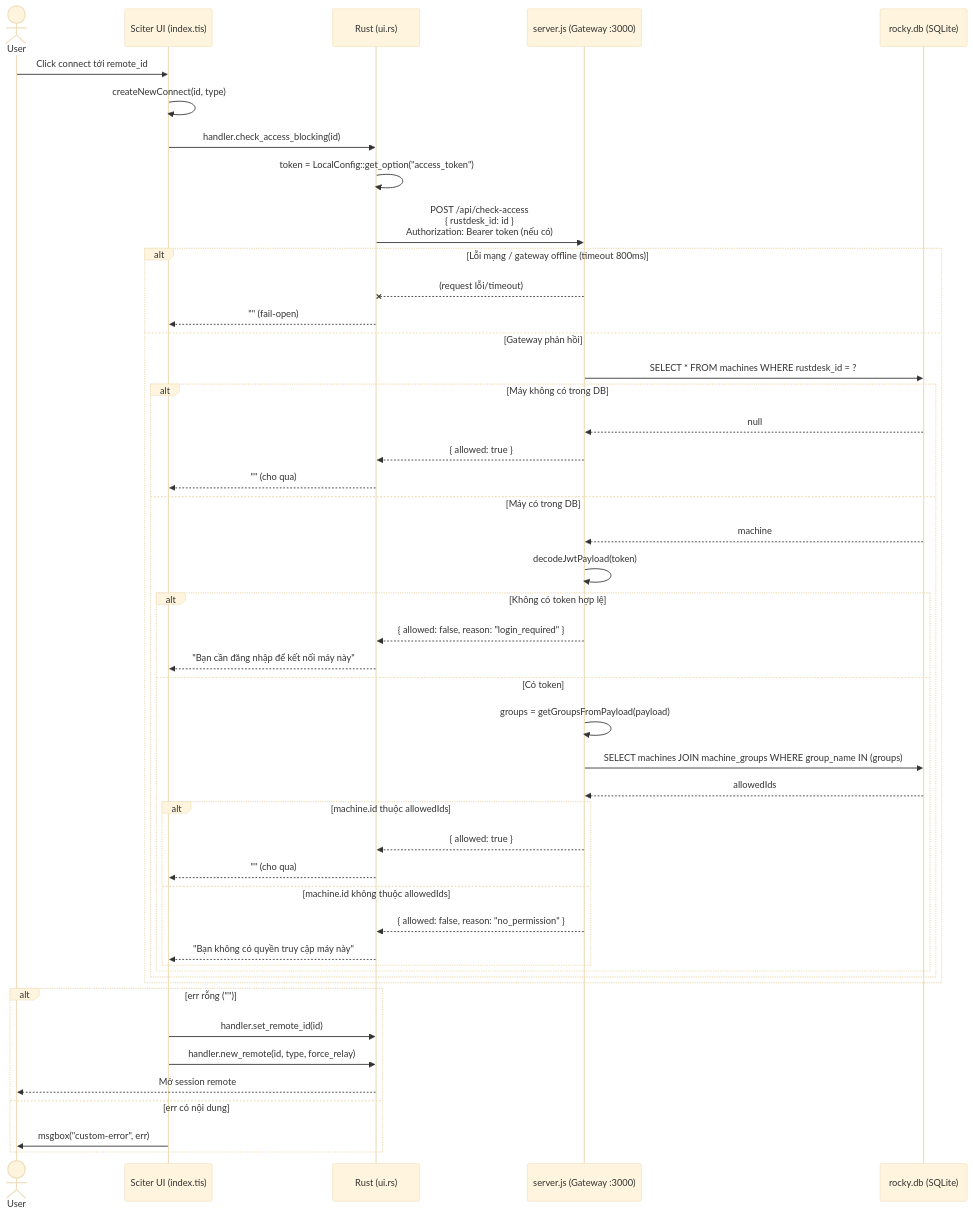
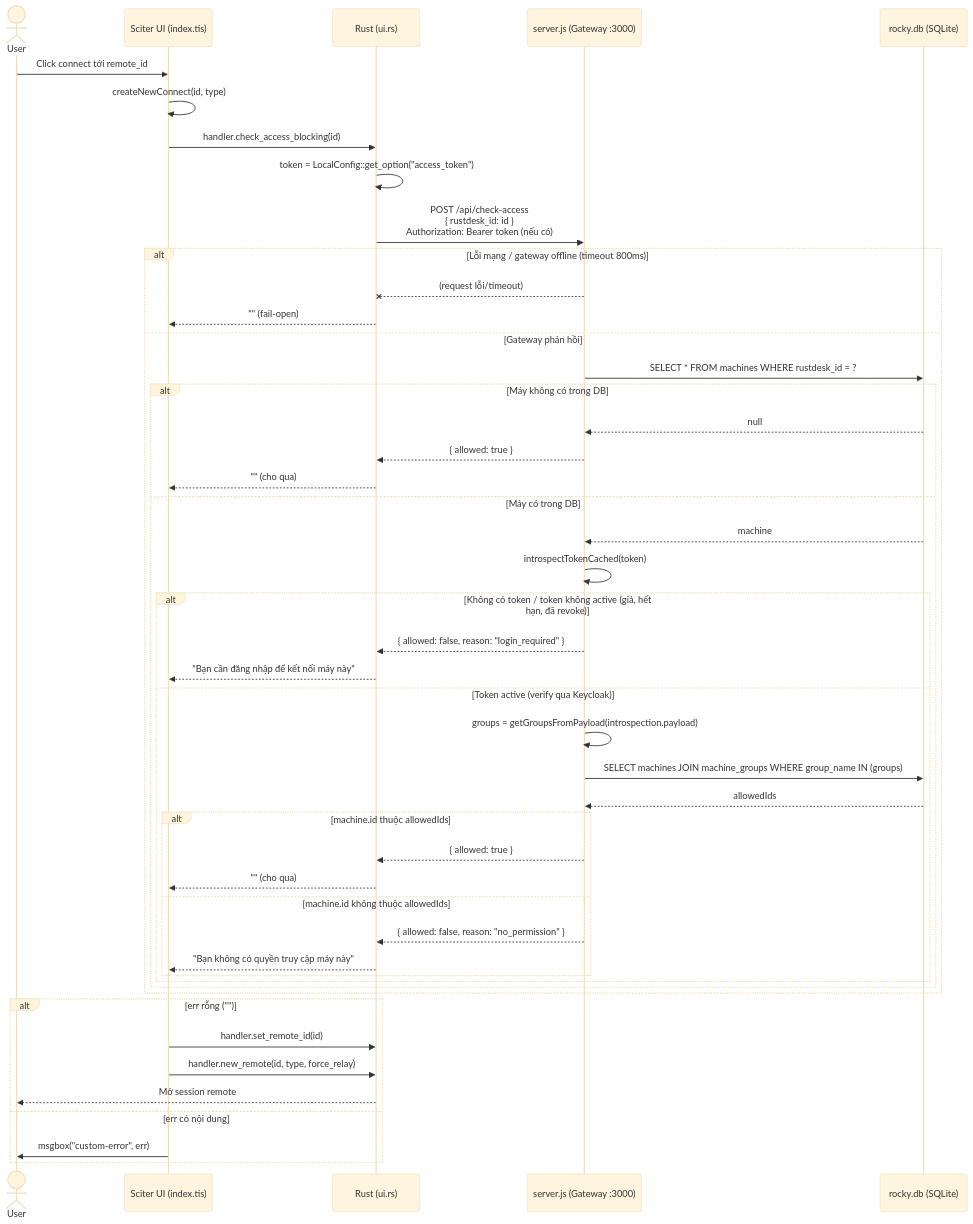
Before and after one commit to phanhnd/rustdesk-datn: the second of 3 diagrams in docs/address-book.md, drawn with Mermaid (base theme). The commit also changed other lines of this file and 7 other files, not shown here.

````diff
--- a/docs/address-book.md
+++ b/docs/address-book.md
@@ -90,53 +90,53 @@
 ```mermaid
 sequenceDiagram
     actor User
     participant TIS as Sciter UI (index.tis)
     participant Rust as Rust (ui.rs)
     participant GW as server.js (Gateway :3000)
     participant DB as rocky.db (SQLite)
 
     User->>TIS: Click connect tới remote_id
     TIS->>TIS: createNewConnect(id, type)
     TIS->>Rust: handler.check_access_blocking(id)
 
     Rust->>Rust: token = LocalConfig::get_option("access_token")
     Rust->>GW: POST /api/check-access<br/>{ rustdesk_id: id }<br/>Authorization: Bearer token (nếu có)
 
     alt Lỗi mạng / gateway offline (timeout 800ms)
         GW--xRust: (request lỗi/timeout)
         Rust-->>TIS: "" (fail-open)
     else Gateway phản hồi
         GW->>DB: SELECT * FROM machines WHERE rustdesk_id = ?
         alt Máy không có trong DB
             DB-->>GW: null
             GW-->>Rust: { allowed: true }
             Rust-->>TIS: "" (cho qua)
         else Máy có trong DB
             DB-->>GW: machine
-            GW->>GW: decodeJwtPayload(token)
-            alt Không có token hợp lệ
+            GW->>GW: introspectTokenCached(token)
+            alt Không có token / token không active (giả, hết hạn, đã revoke)
                 GW-->>Rust: { allowed: false, reason: "login_required" }
                 Rust-->>TIS: "Bạn cần đăng nhập để kết nối máy này"
-            else Có token
-                GW->>GW: groups = getGroupsFromPayload(payload)
+            else Token active (verify qua Keycloak)
+                GW->>GW: groups = getGroupsFromPayload(introspection.payload)
                 GW->>DB: SELECT machines JOIN machine_groups WHERE group_name IN (groups)
                 DB-->>GW: allowedIds
                 alt machine.id thuộc allowedIds
                     GW-->>Rust: { allowed: true }
                     Rust-->>TIS: "" (cho qua)
                 else machine.id không thuộc allowedIds
                     GW-->>Rust: { allowed: false, reason: "no_permission" }
                     Rust-->>TIS: "Bạn không có quyền truy cập máy này"
                 end
             end
         end
     end
 
     alt err rỗng ("")
         TIS->>Rust: handler.set_remote_id(id)
         TIS->>Rust: handler.new_remote(id, type, force_relay)
         Rust-->>User: Mở session remote
     else err có nội dung
         TIS->>User: msgbox("custom-error", err)
     end
 ```
````
